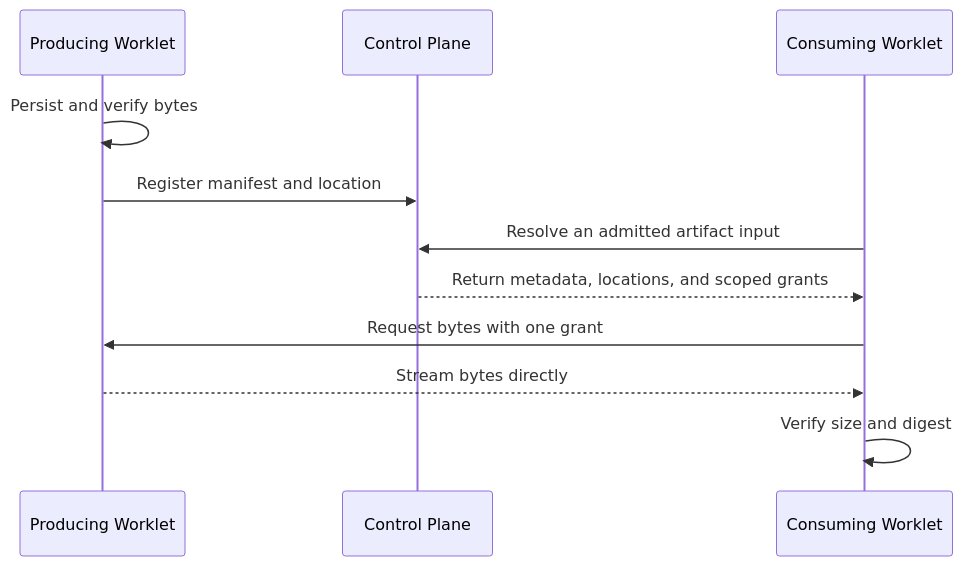
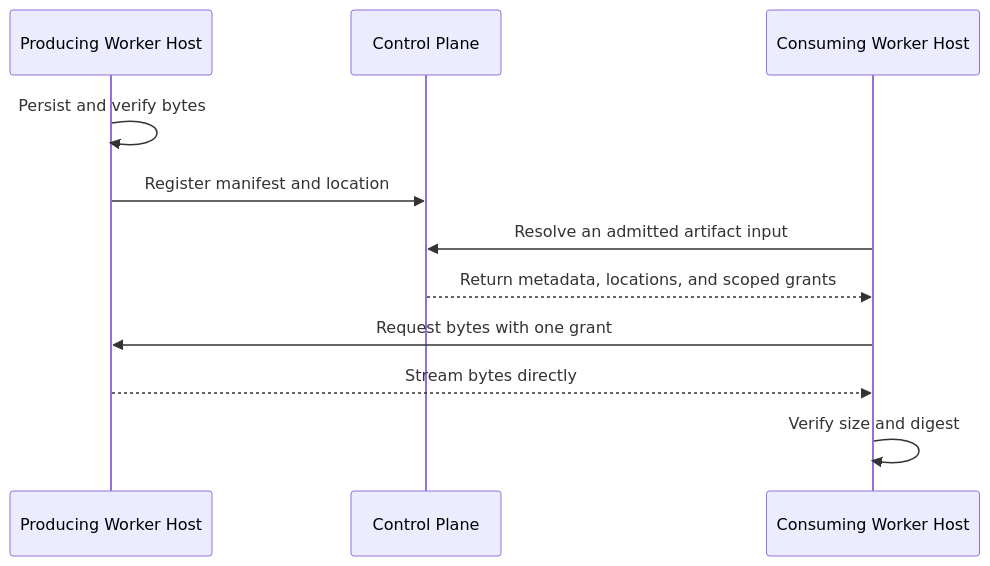
The diagram in docs/reference/artifacts.md (atemaguer/supertag), drawn with Mermaid before and after one commit. The commit also changed other lines of this file and 115 other files, not shown here.

````diff
--- a/docs/reference/artifacts.md
+++ b/docs/reference/artifacts.md
@@ -26,14 +26,14 @@
 ```mermaid
 sequenceDiagram
-    participant Producer as Producing Worklet
+    participant Producer as Producing Worker Host
     participant Control as Control Plane
-    participant Consumer as Consuming Worklet
+    participant Consumer as Consuming Worker Host
 
     Producer->>Producer: Persist and verify bytes
     Producer->>Control: Register manifest and location
     Consumer->>Control: Resolve an admitted artifact input
     Control-->>Consumer: Return metadata, locations, and scoped grants
     Consumer->>Producer: Request bytes with one grant
     Producer-->>Consumer: Stream bytes directly
     Consumer->>Consumer: Verify size and digest
 ```
````
